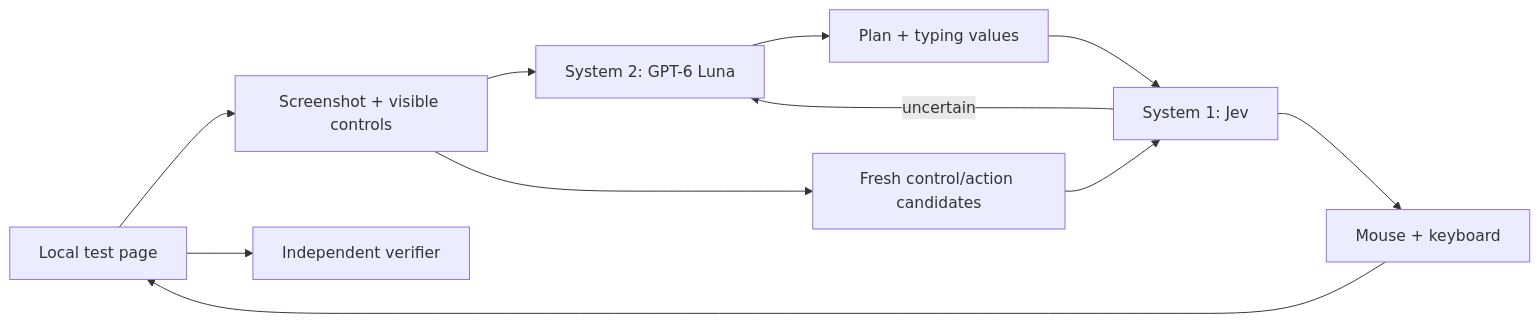
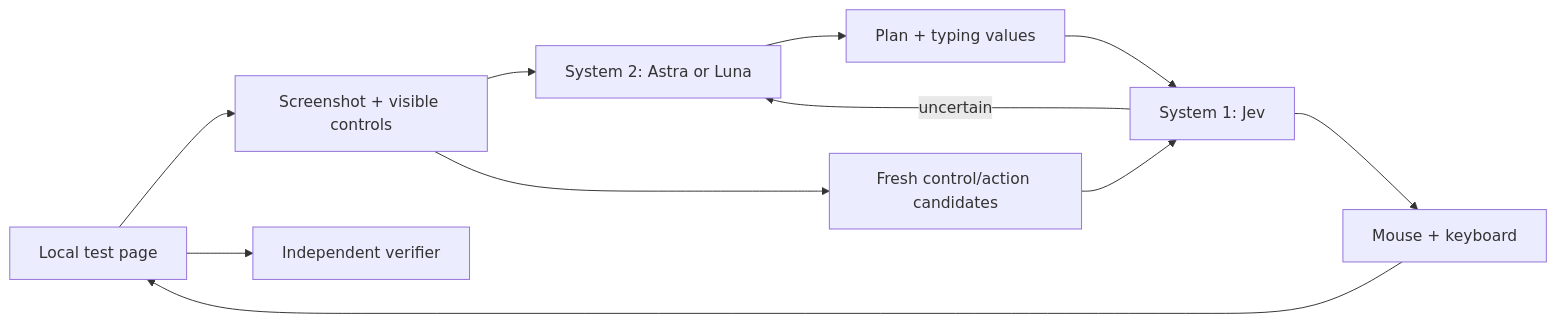
One commit to xut1021/actstride changed the diagram in README.md. Above: the diagram before and after it, drawn with Mermaid. The commit also changed other lines of this file and 13 other files, not shown here.

````diff
--- a/README.md
+++ b/README.md
@@ -38,13 +57,13 @@
 ```mermaid
 flowchart LR
   Page[Local test page] --> Observe[Screenshot + visible controls]
-  Observe --> Luna[System 2: GPT-6 Luna]
+  Observe --> Luna[System 2: Astra or Luna]
   Luna --> Plan[Plan + typing values]
   Observe --> Candidates[Fresh control/action candidates]
   Plan --> Jev[System 1: Jev]
   Candidates --> Jev
   Jev --> Act[Mouse + keyboard]
   Jev -->|uncertain| Luna
   Act --> Page
   Page --> Verify[Independent verifier]
 ```
````
